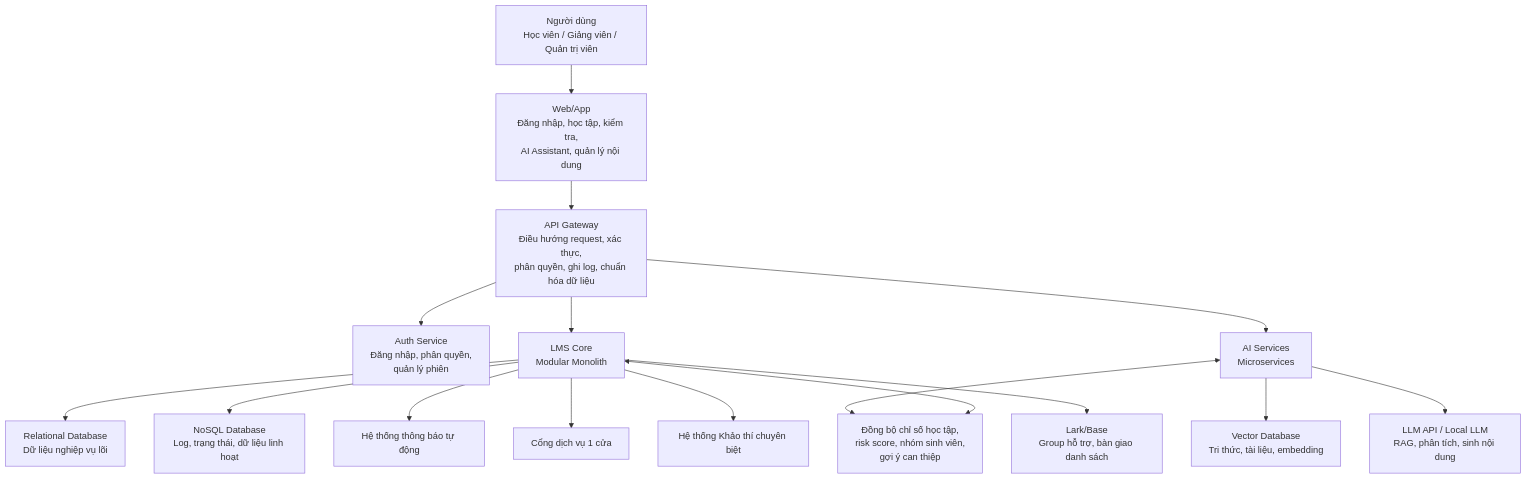
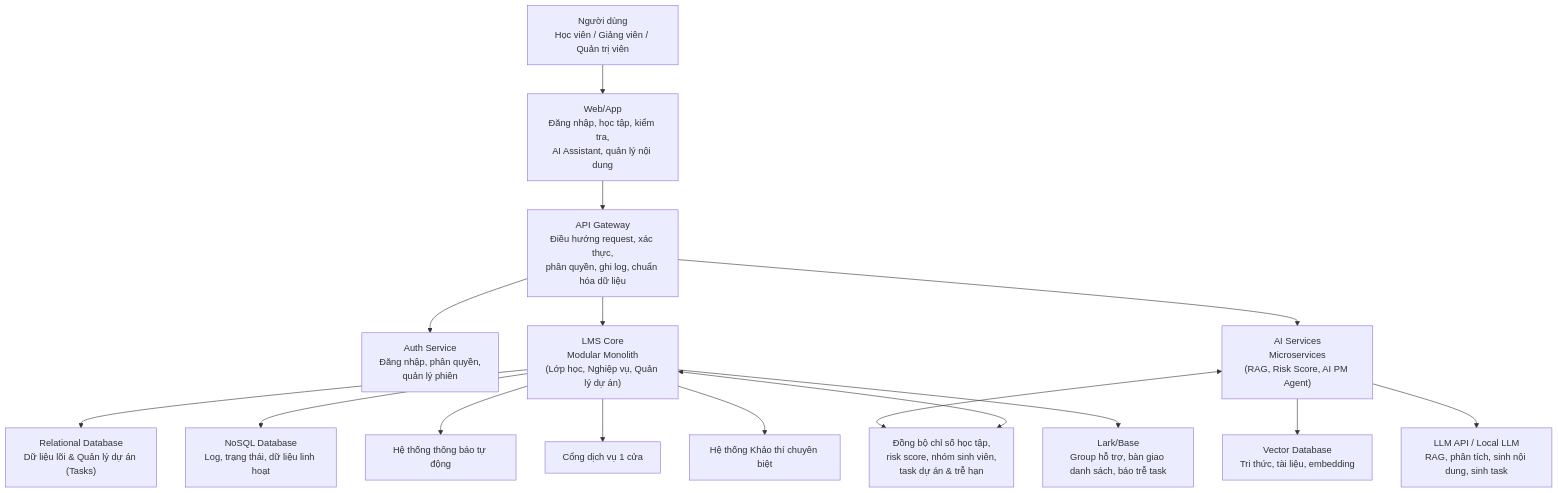
One commit to DuowngM/Bao_cao changed the first of 7 diagrams in so-do-chuc-nang-lms-ai.md. Above: the diagram before and after it, drawn with Mermaid. The commit also changed other lines of this file, not shown here.

````diff
--- a/so-do-chuc-nang-lms-ai.md
+++ b/so-do-chuc-nang-lms-ai.md
@@ -5,23 +5,23 @@
 ```mermaid
 flowchart TB
   U["Người dùng<br/>Học viên / Giảng viên / Quản trị viên"] --> FE["Web/App<br/>Đăng nhập, học tập, kiểm tra,<br/>AI Assistant, quản lý nội dung"]
   FE --> GW["API Gateway<br/>Điều hướng request, xác thực,<br/>phân quyền, ghi log, chuẩn hóa dữ liệu"]
 
   GW --> AUTH["Auth Service<br/>Đăng nhập, phân quyền,<br/>quản lý phiên"]
-  GW --> CORE["LMS Core<br/>Modular Monolith"]
-  GW --> AI["AI Services<br/>Microservices"]
+  GW --> CORE["LMS Core<br/>Modular Monolith<br/>(Lớp học, Nghiệp vụ, Quản lý dự án)"]
+  GW --> AI["AI Services<br/>Microservices<br/>(RAG, Risk Score, AI PM Agent)"]
 
-  CORE --> RDB["Relational Database<br/>Dữ liệu nghiệp vụ lõi"]
+  CORE --> RDB["Relational Database<br/>Dữ liệu lõi & Quản lý dự án (Tasks)"]
   CORE --> NOSQL["NoSQL Database<br/>Log, trạng thái, dữ liệu linh hoạt"]
 
   AI --> VDB["Vector Database<br/>Tri thức, tài liệu, embedding"]
-  AI --> LLM["LLM API / Local LLM<br/>RAG, phân tích, sinh nội dung"]
+  AI --> LLM["LLM API / Local LLM<br/>RAG, phân tích, sinh nội dung, sinh task"]
 
-  CORE <--> AI_SYNC["Đồng bộ chỉ số học tập,<br/>risk score, nhóm sinh viên,<br/>gợi ý can thiệp"]
+  CORE <--> AI_SYNC["Đồng bộ chỉ số học tập,<br/>risk score, nhóm sinh viên,<br/>task dự án & trễ hạn"]
   AI <--> AI_SYNC
 
   CORE --> NOTI["Hệ thống thông báo tự động"]
   CORE --> ONE["Cổng dịch vụ 1 cửa"]
   CORE --> EXAM["Hệ thống Khảo thí chuyên biệt"]
-  CORE --> LARK["Lark/Base<br/>Group hỗ trợ, bàn giao danh sách"]
+  CORE --> LARK["Lark/Base<br/>Group hỗ trợ, bàn giao danh sách, báo trễ task"]
 ```
````
